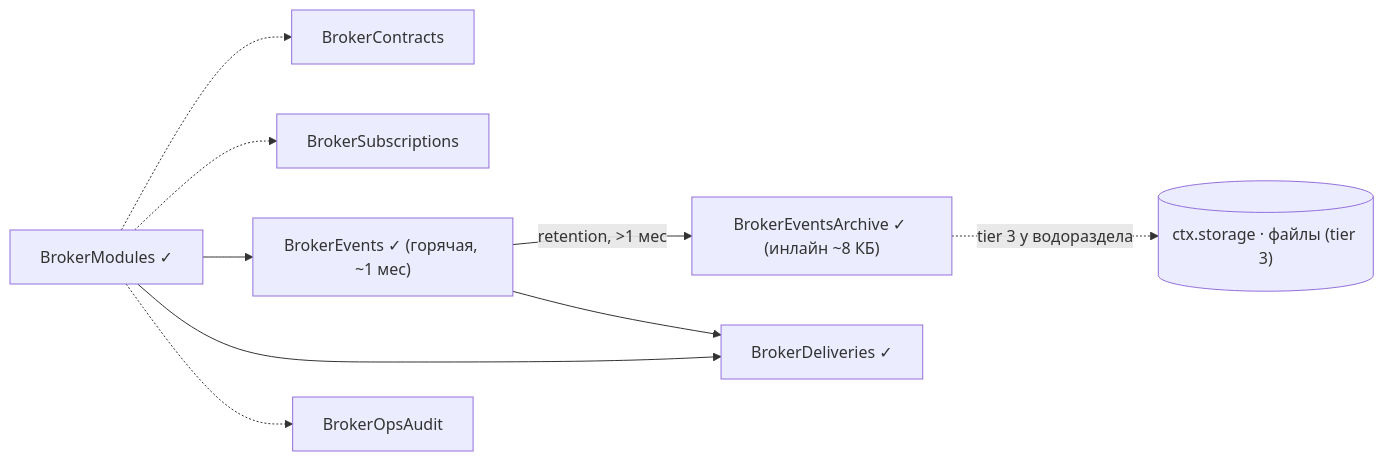
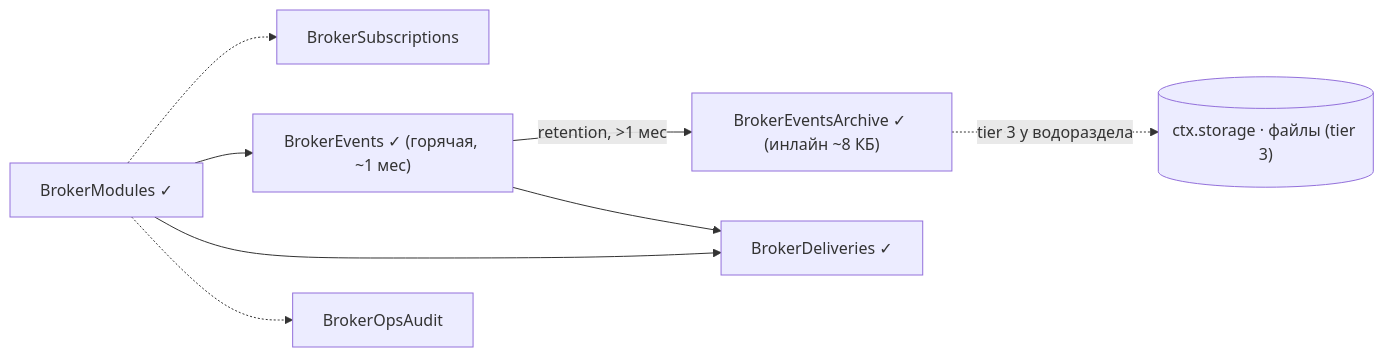
The third of 7 diagrams in s.chtm.khudoley.pro/p/units/aley/bpm/core/docs/spec/spec-map.md (andrey-khudoley/Chatium), drawn with Mermaid before and after one commit. The commit also changed other lines of this file and 2 other files, not shown here.

````diff
--- a/s.chtm.khudoley.pro/p/units/aley/bpm/core/docs/spec/spec-map.md
+++ b/s.chtm.khudoley.pro/p/units/aley/bpm/core/docs/spec/spec-map.md
@@ -115,19 +116,17 @@
 ```mermaid
 flowchart LR
   M["BrokerModules ✓"]
   Ev["BrokerEvents ✓ (горячая, ~1 мес)"]
   Ar["BrokerEventsArchive ✓ (инлайн ~8 КБ)"]
   Fs[("ctx.storage · файлы (tier 3)")]
   De["BrokerDeliveries ✓"]
-  Co["BrokerContracts"]
   Su["BrokerSubscriptions"]
   Au["BrokerOpsAudit"]
-  M -.-> Co
   M -.-> Su
   M --> Ev
   Ev -->|"retention, >1 мес"| Ar
   Ar -.->|"tier 3 у водораздела"| Fs
   M --> De
   Ev --> De
   M -.-> Au
 ```
````
